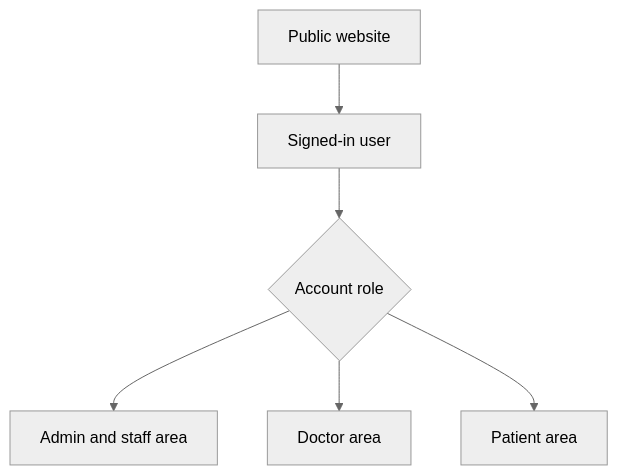
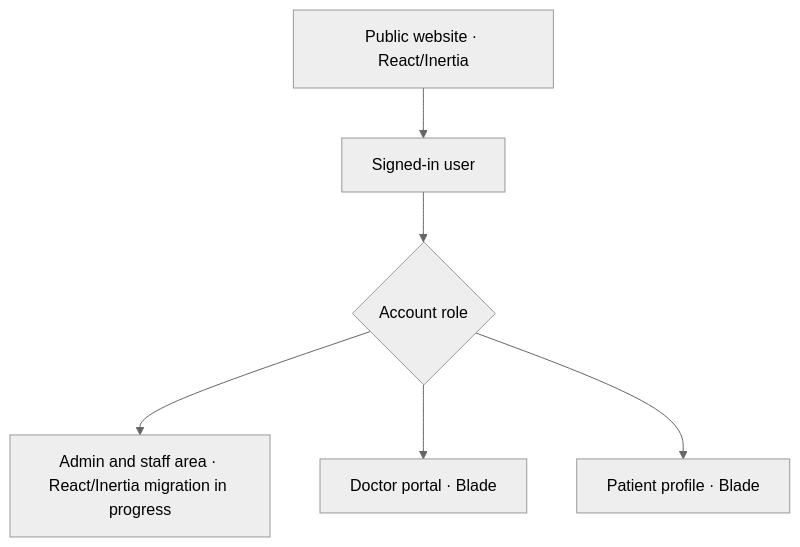
Before and after one commit to Risad212/Medicare: the third of 3 diagrams in ARCHITECTURE.md, drawn with Mermaid (neutral theme). The commit also changed other lines of this file and 190 other files, not shown here.

Commit message:
feat: complete React admin migration

````diff
--- a/ARCHITECTURE.md
+++ b/ARCHITECTURE.md
@@ -101,15 +101,15 @@
 ```mermaid
 flowchart TB
     User["Signed-in user"]
     Role{"Account role"}
-    Admin["Admin and staff area"]
-    Doctor["Doctor area"]
-    Patient["Patient area"]
-    Public["Public website"]
+    Admin["Admin and staff area · React/Inertia migration in progress"]
+    Doctor["Doctor portal · Blade"]
+    Patient["Patient profile · Blade"]
+    Public["Public website · React/Inertia"]
 
     User --> Role
     Role --> Admin
     Role --> Doctor
     Role --> Patient
     Public --> User
 ```
````
